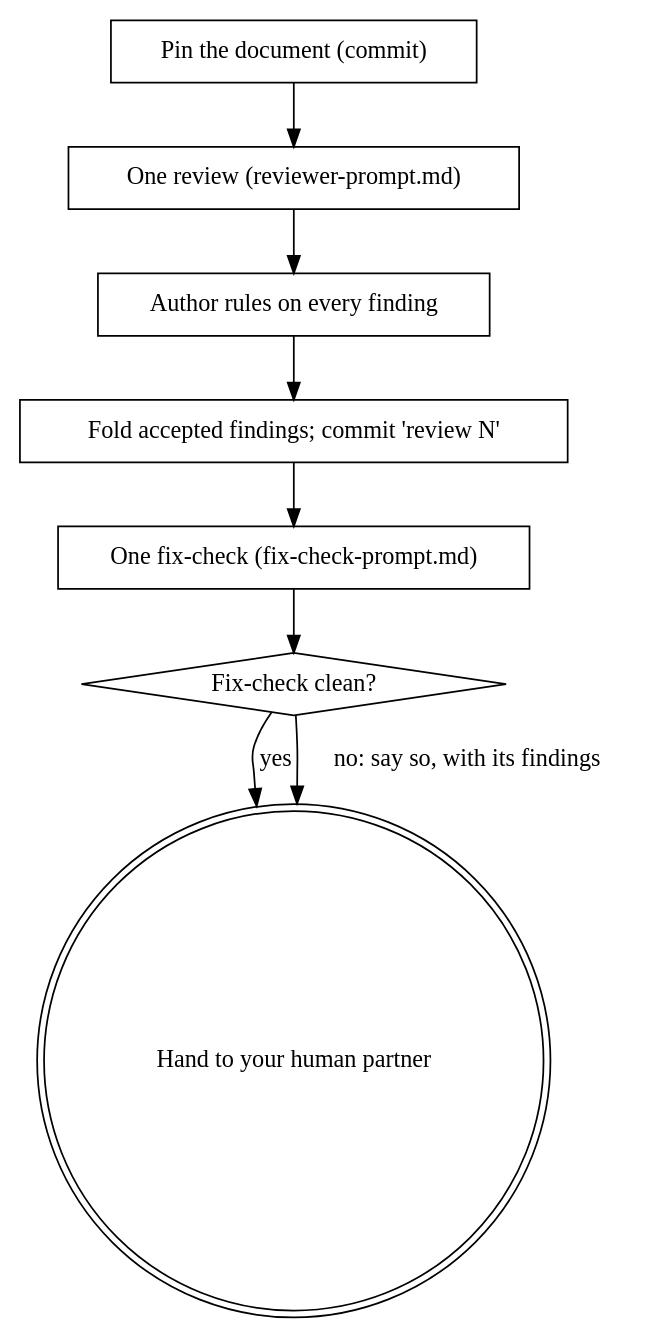
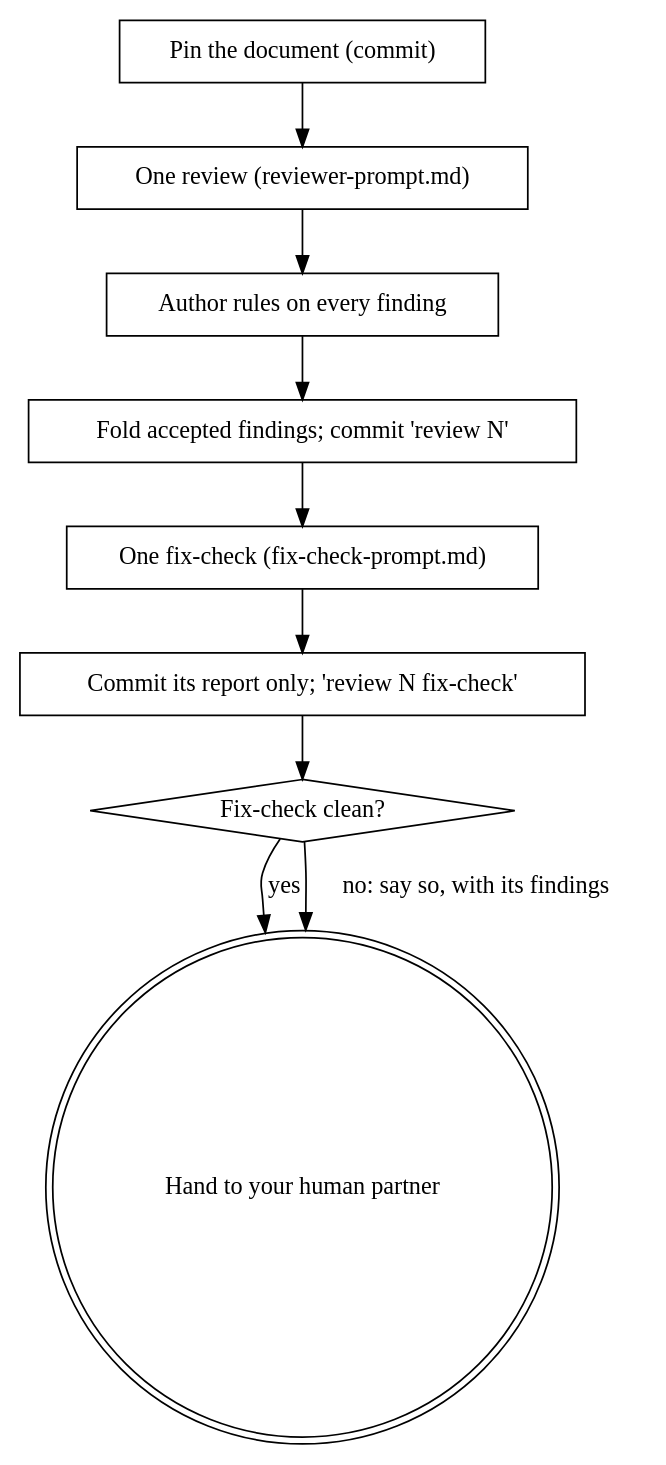
Before and after one commit to opcheese/superpowers: the diagram in skills/reviewing-documents/SKILL.md, drawn with Graphviz. The commit also changed other lines of this file and 2 other files, not shown here.

First line of the commit message:
fix(skills): reviewing-documents, define the round number and keep folds out of the fix-check

````diff
--- a/skills/reviewing-documents/SKILL.md
+++ b/skills/reviewing-documents/SKILL.md
@@ -18,19 +18,21 @@
 ```dot
 digraph round {
     "Pin the document (commit)" [shape=box];
     "One review (reviewer-prompt.md)" [shape=box];
     "Author rules on every finding" [shape=box];
     "Fold accepted findings; commit 'review N'" [shape=box];
     "One fix-check (fix-check-prompt.md)" [shape=box];
+    "Commit its report only; 'review N fix-check'" [shape=box];
     "Fix-check clean?" [shape=diamond];
     "Hand to your human partner" [shape=doublecircle];
 
     "Pin the document (commit)" -> "One review (reviewer-prompt.md)";
     "One review (reviewer-prompt.md)" -> "Author rules on every finding";
     "Author rules on every finding" -> "Fold accepted findings; commit 'review N'";
     "Fold accepted findings; commit 'review N'" -> "One fix-check (fix-check-prompt.md)";
-    "One fix-check (fix-check-prompt.md)" -> "Fix-check clean?";
+    "One fix-check (fix-check-prompt.md)" -> "Commit its report only; 'review N fix-check'";
+    "Commit its report only; 'review N fix-check'" -> "Fix-check clean?";
     "Fix-check clean?" -> "Hand to your human partner" [label="yes"];
     "Fix-check clean?" -> "Hand to your human partner" [label="no: say so, with its findings"];
 }
 ```
````
